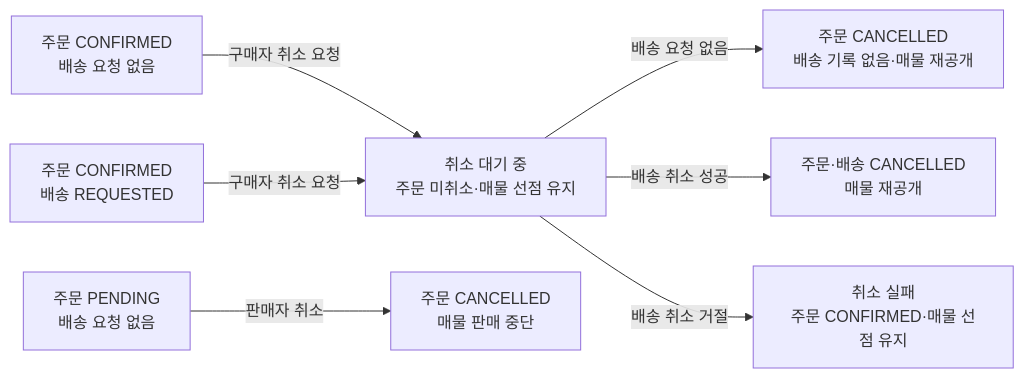
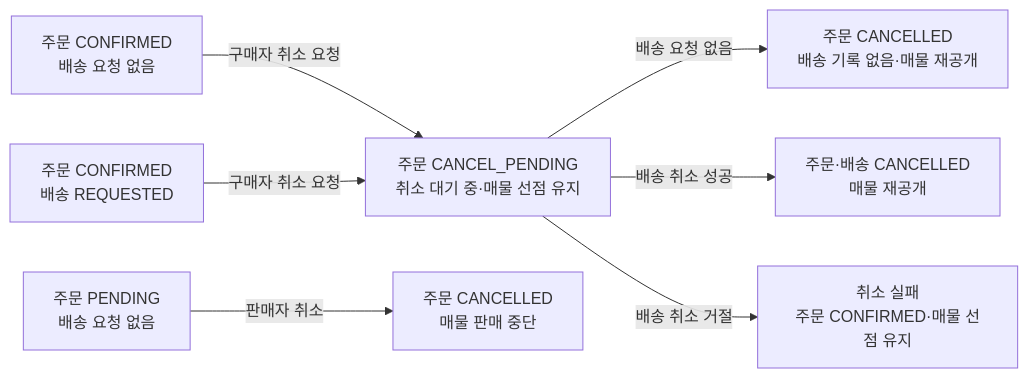
The second of 2 diagrams in docs/policy/order.md (woowacourse-teams/2026-setty), drawn with Mermaid before and after one commit. The commit also changed other lines of this file and 2 other files, not shown here.

Commit message:
docs: 구매자 취소 대기 상태를 CANCEL_PENDING으로 명시

````diff
--- a/docs/policy/order.md
+++ b/docs/policy/order.md
@@ -52,17 +53,17 @@
 ```mermaid
 flowchart LR
     P["주문 PENDING<br/>배송 요청 없음"]
     N["주문 CONFIRMED<br/>배송 요청 없음"]
     R["주문 CONFIRMED<br/>배송 REQUESTED"]
-    W["취소 대기 중<br/>주문 미취소·매물 선점 유지"]
+    W["주문 CANCEL_PENDING<br/>취소 대기 중·매물 선점 유지"]
     SC["주문 CANCELLED<br/>매물 판매 중단"]
     NC["주문 CANCELLED<br/>배송 기록 없음·매물 재공개"]
     BC["주문·배송 CANCELLED<br/>매물 재공개"]
     BF["취소 실패<br/>주문 CONFIRMED·매물 선점 유지"]
     P -->|"판매자 취소"| SC
     N -->|"구매자 취소 요청"| W
     R -->|"구매자 취소 요청"| W
     W -->|"배송 요청 없음"| NC
     W -->|"배송 취소 성공"| BC
     W -->|"배송 취소 거절"| BF
 ```
````
